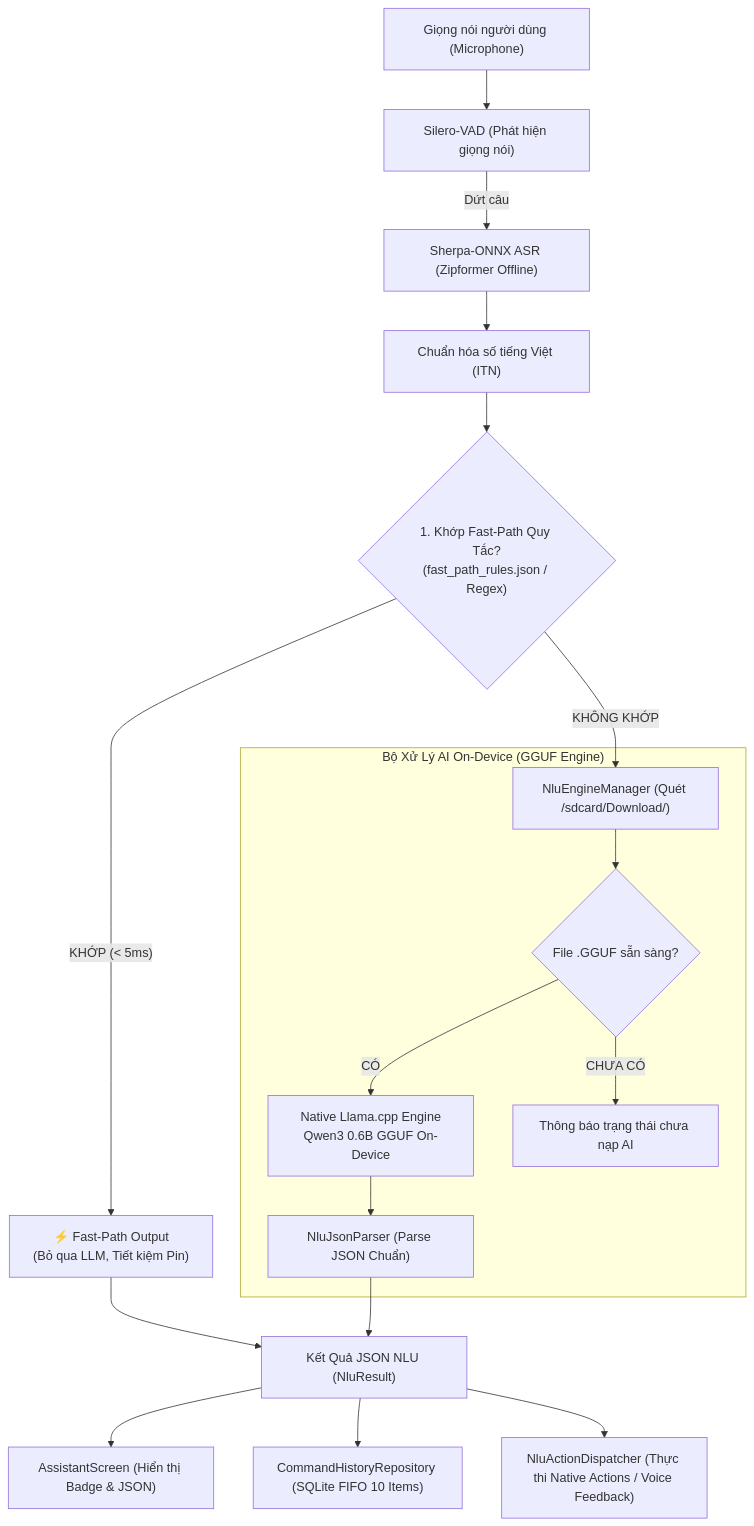
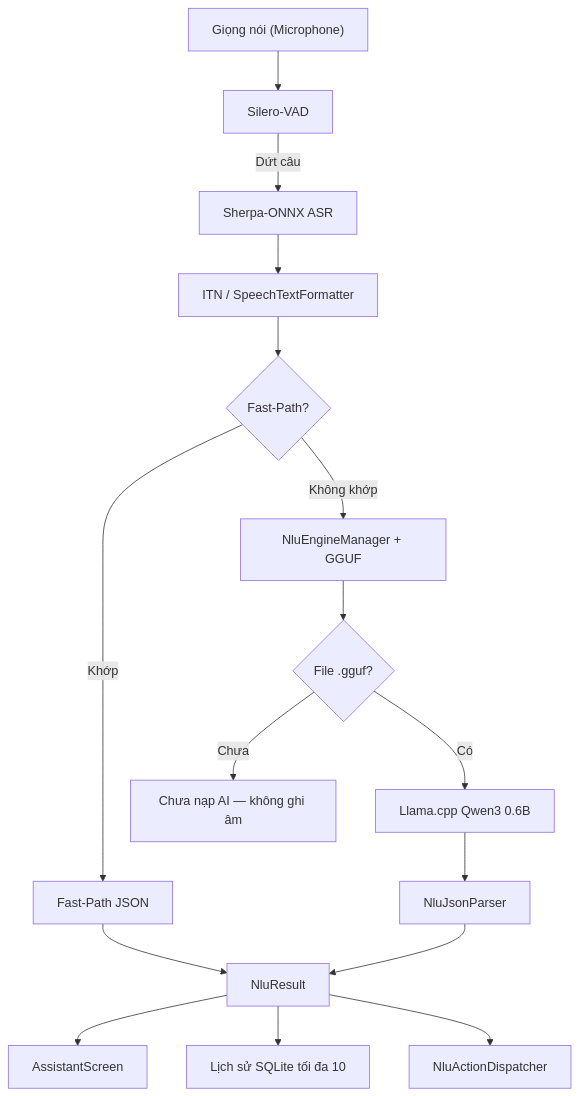
Before and after one commit to tuanhdevvn/ViDroidCall-Studio: the diagram in README.md, drawn with Mermaid. The commit also changed other lines of this file, not shown here.

First line of the commit message:
docs: align README with hybrid NLU and search_web

````diff
--- a/README.md
+++ b/README.md
@@ -82,29 +92,18 @@
 ```mermaid
 flowchart TD
-    A["Giọng nói người dùng (Microphone)"] --> B["Silero-VAD (Phát hiện giọng nói)"]
-    B -->|"Dứt câu"| C["Sherpa-ONNX ASR (Zipformer Offline)"]
-    C --> D["Chuẩn hóa số tiếng Việt (ITN)"]
-    D --> E{"1. Khớp Fast-Path Quy Tắc?<br/>(fast_path_rules.json / Regex)"}
-    
-    %% Nhánh 1: Fast-Path Match (< 5ms)
-    E -- "KHỚP (< 5ms)" --> F["⚡ Fast-Path Output<br/>(Bỏ qua LLM, Tiết kiệm Pin)"]
-    
-    %% Nhánh 2: On-Device AI LLM Inference
-    E -- "KHÔNG KHỚP" --> G["NluEngineManager (Quét /sdcard/Download/)"]
-    
-    subgraph AI_Engine ["Bộ Xử Lý AI On-Device (GGUF Engine)"]
-        G --> H{"File .GGUF sẵn sàng?"}
-        H -- "CÓ" --> I["Native Llama.cpp Engine<br/>Qwen3 0.6B GGUF On-Device"]
-        I --> J["NluJsonParser (Parse JSON Chuẩn)"]
-        H -- "CHƯA CÓ" --> K["Thông báo trạng thái chưa nạp AI"]
-    end
-    
-    %% Hợp nhất kết quả vào NluResult chung
-    F --> L["Kết Quả JSON NLU (NluResult)"]
+    A["Giọng nói (Microphone)"] --> B["Silero-VAD"]
+    B -->|"Dứt câu"| C["Sherpa-ONNX ASR"]
+    C --> D["ITN / SpeechTextFormatter"]
+    D --> E{"Fast-Path?"}
+    E -- "Khớp" --> F["Fast-Path JSON"]
+    E -- "Không khớp" --> G["NluEngineManager + GGUF"]
+    G --> H{"File .gguf?"}
+    H -- "Có" --> I["Llama.cpp Qwen3 0.6B"]
+    I --> J["NluJsonParser"]
+    H -- "Chưa" --> K["Chưa nạp AI — không ghi âm"]
+    F --> L["NluResult"]
     J --> L
-    
-    %% Phân phối kết quả đến các module
-    L --> M["AssistantScreen (Hiển thị Badge & JSON)"]
-    L --> N["CommandHistoryRepository (SQLite FIFO 10 Items)"]
-    L --> O["NluActionDispatcher (Thực thi Native Actions / Voice Feedback)"]
+    L --> M["AssistantScreen"]
+    L --> N["Lịch sử SQLite tối đa 10"]
+    L --> O["NluActionDispatcher"]
 ```
````
